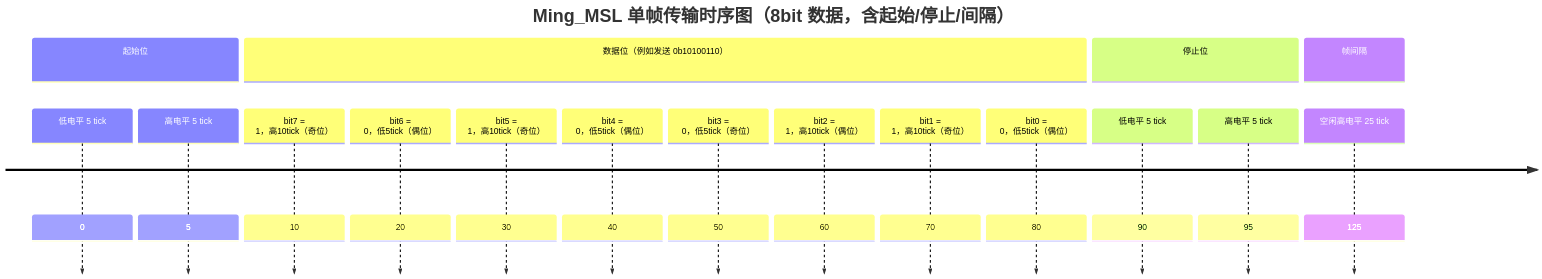
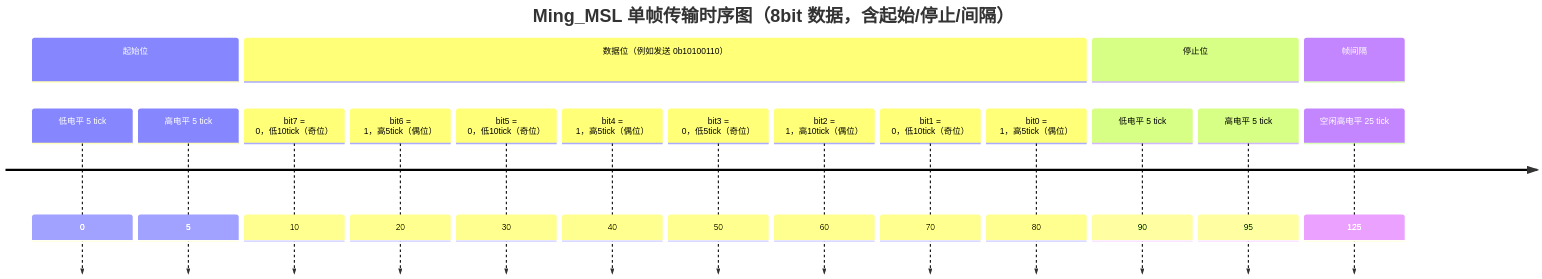
The diagram in README.md (minglie/ming_msl), drawn with Mermaid before and after one commit. The commit also changed other lines of this file, not shown here.

````diff
--- a/README.md
+++ b/README.md
@@ -85,26 +85,26 @@
 ``` mermaid 
 %%{init: {'theme': 'default'}}%%
 timeline
     title Ming_MSL 单帧传输时序图（8bit 数据，含起始/停止/间隔）
 
     section 起始位
     低电平 5 tick: 0
     高电平 5 tick: 5
 
     section 数据位（例如发送 0b10100110）
-    bit7 = 1，高10tick（奇位）: 10
-    bit6 = 0，低5tick（偶位）: 20
-    bit5 = 1，高10tick（奇位）: 30
-    bit4 = 0，低5tick（偶位）: 40
+    bit7 = 0，低10tick（奇位）: 10
+    bit6 = 1，高5tick（偶位）: 20
+    bit5 = 0，低10tick（奇位）: 30
+    bit4 = 1，高5tick（偶位）: 40
     bit3 = 0，低5tick（奇位）: 50
     bit2 = 1，高10tick（偶位）: 60
-    bit1 = 1，高10tick（奇位）: 70
-    bit0 = 0，低5tick（偶位）: 80
+    bit1 = 0，低10tick（奇位）: 70
+    bit0 = 1，高5tick（偶位）: 80
 
     section 停止位
     低电平 5 tick: 90
     高电平 5 tick: 95
 
     section 帧间隔
     空闲高电平 25 tick: 125
 ```
````
